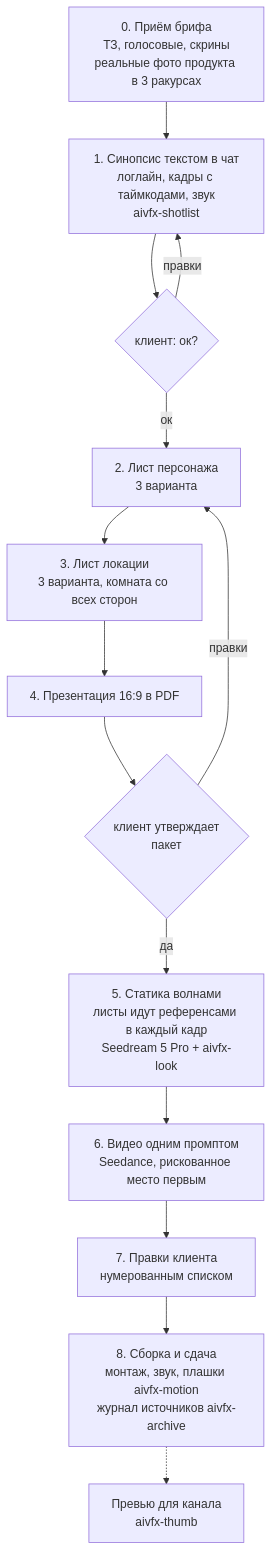
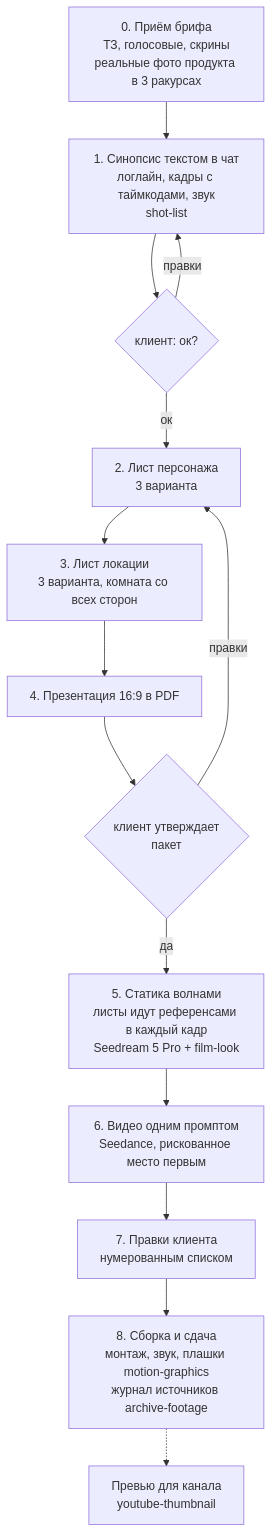
Before and after one commit to shutckin/aivfx-content-kit: the first of 2 diagrams in README.md, drawn with Mermaid. The commit also changed other lines of this file and 117 other files, not shown here.

Commit message:
refactor: скиллы без префикса aivfx, понятные имена для поиска

````diff
--- a/README.md
+++ b/README.md
@@ -63,16 +63,16 @@
 ```mermaid
 flowchart TD
-    A["0. Приём брифа<br/>ТЗ, голосовые, скрины<br/>реальные фото продукта в 3 ракурсах"] --> B["1. Синопсис текстом в чат<br/>логлайн, кадры с таймкодами, звук<br/>aivfx-shotlist"]
+    A["0. Приём брифа<br/>ТЗ, голосовые, скрины<br/>реальные фото продукта в 3 ракурсах"] --> B["1. Синопсис текстом в чат<br/>логлайн, кадры с таймкодами, звук<br/>shot-list"]
     B --> C{"клиент: ок?"}
     C -- правки --> B
     C -- ок --> D["2. Лист персонажа<br/>3 варианта"]
     D --> E["3. Лист локации<br/>3 варианта, комната со всех сторон"]
     E --> F["4. Презентация 16:9 в PDF"]
     F --> G{"клиент утверждает<br/>пакет"}
     G -- правки --> D
-    G -- да --> H["5. Статика волнами<br/>листы идут референсами в каждый кадр<br/>Seedream 5 Pro + aivfx-look"]
+    G -- да --> H["5. Статика волнами<br/>листы идут референсами в каждый кадр<br/>Seedream 5 Pro + film-look"]
     H --> I["6. Видео одним промптом<br/>Seedance, рискованное место первым"]
     I --> J["7. Правки клиента<br/>нумерованным списком"]
-    J --> K["8. Сборка и сдача<br/>монтаж, звук, плашки aivfx-motion<br/>журнал источников aivfx-archive"]
-    K -.-> L["Превью для канала<br/>aivfx-thumb"]
+    J --> K["8. Сборка и сдача<br/>монтаж, звук, плашки motion-graphics<br/>журнал источников archive-footage"]
+    K -.-> L["Превью для канала<br/>youtube-thumbnail"]
 ```
````
